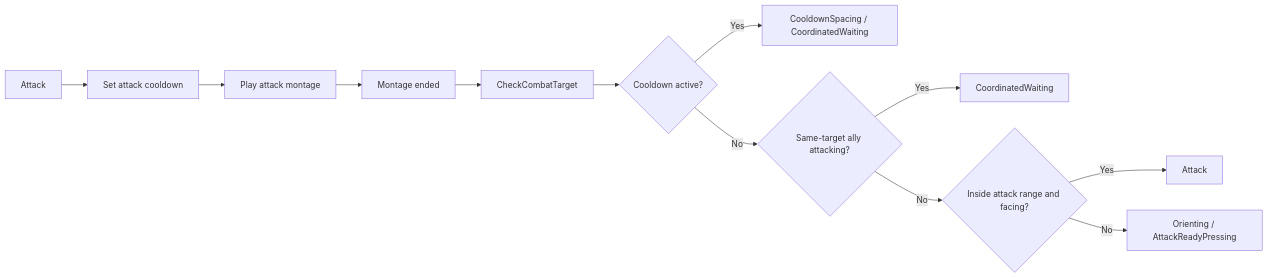
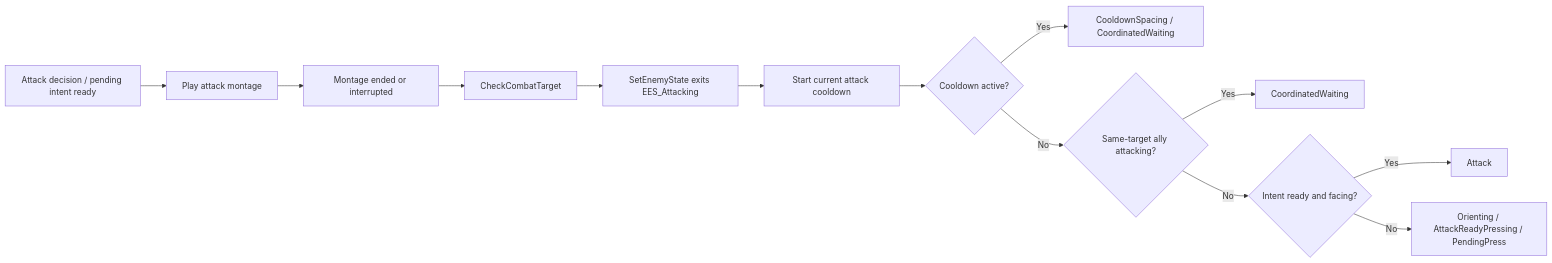
One commit to Kulahala/UE5-Soulslike-Combat changed the sixth of 6 diagrams in ARCHITECTURE.md. Above: the diagram before and after it, drawn with Mermaid. The commit also changed other lines of this file and 6 other files, not shown here.

First line of the commit message:
[Feature] 完善敌人攻击意图前压

````diff
--- a/ARCHITECTURE.md
+++ b/ARCHITECTURE.md
@@ -212,14 +213,15 @@
 ```mermaid
 flowchart LR
-    A[Attack] --> B[Set attack cooldown]
-    B --> C[Play attack montage]
-    C --> D[Montage ended]
-    D --> E[CheckCombatTarget]
-    E --> F{Cooldown active?}
-    F -->|Yes| G[CooldownSpacing / CoordinatedWaiting]
-    F -->|No| H{Same-target ally attacking?}
-    H -->|Yes| I[CoordinatedWaiting]
-    H -->|No| J{Inside attack range and facing?}
-    J -->|Yes| K[Attack]
-    J -->|No| L[Orienting / AttackReadyPressing]
+    A[Attack decision / pending intent ready] --> B[Play attack montage]
+    B --> C[Montage ended or interrupted]
+    C --> D[CheckCombatTarget]
+    D --> E[SetEnemyState exits EES_Attacking]
+    E --> F[Start current attack cooldown]
+    F --> G{Cooldown active?}
+    G -->|Yes| H[CooldownSpacing / CoordinatedWaiting]
+    G -->|No| I{Same-target ally attacking?}
+    I -->|Yes| J[CoordinatedWaiting]
+    I -->|No| K{Intent ready and facing?}
+    K -->|Yes| L[Attack]
+    K -->|No| M[Orienting / AttackReadyPressing / PendingPress]
 ```
````
